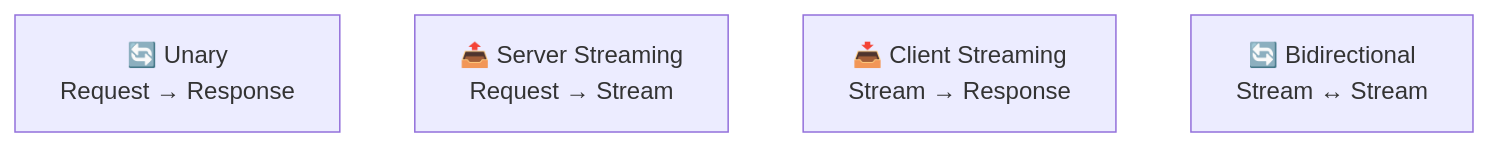
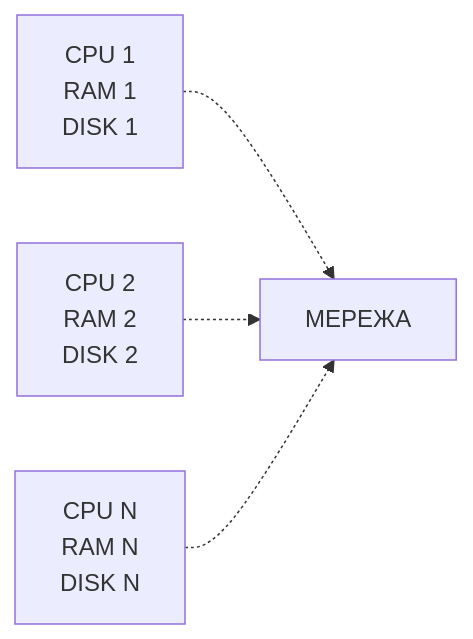
One commit to olroi421/course-bd changed the seventh of 10 diagrams in docs/presentations/presentation-01.md. Above: the diagram before and after it, drawn with Mermaid. The commit also changed other lines of this file, not shown here.

````diff
--- a/docs/presentations/presentation-01.md
+++ b/docs/presentations/presentation-01.md
@@ -300,7 +448,6 @@
 ```mermaid
-graph TB
-    A[🔄 Unary<br/>Request → Response]
-    B[📤 Server Streaming<br/>Request → Stream]
-    C[📥 Client Streaming<br/>Stream → Response]
-    D[🔄 Bidirectional<br/>Stream ↔ Stream]
+graph LR
+    A[CPU 1<br/>RAM 1<br/>DISK 1] -.-> D[МЕРЕЖА]
+    B[CPU 2<br/>RAM 2<br/>DISK 2] -.-> D
+    C[CPU N<br/>RAM N<br/>DISK N] -.-> D
 ```
````
